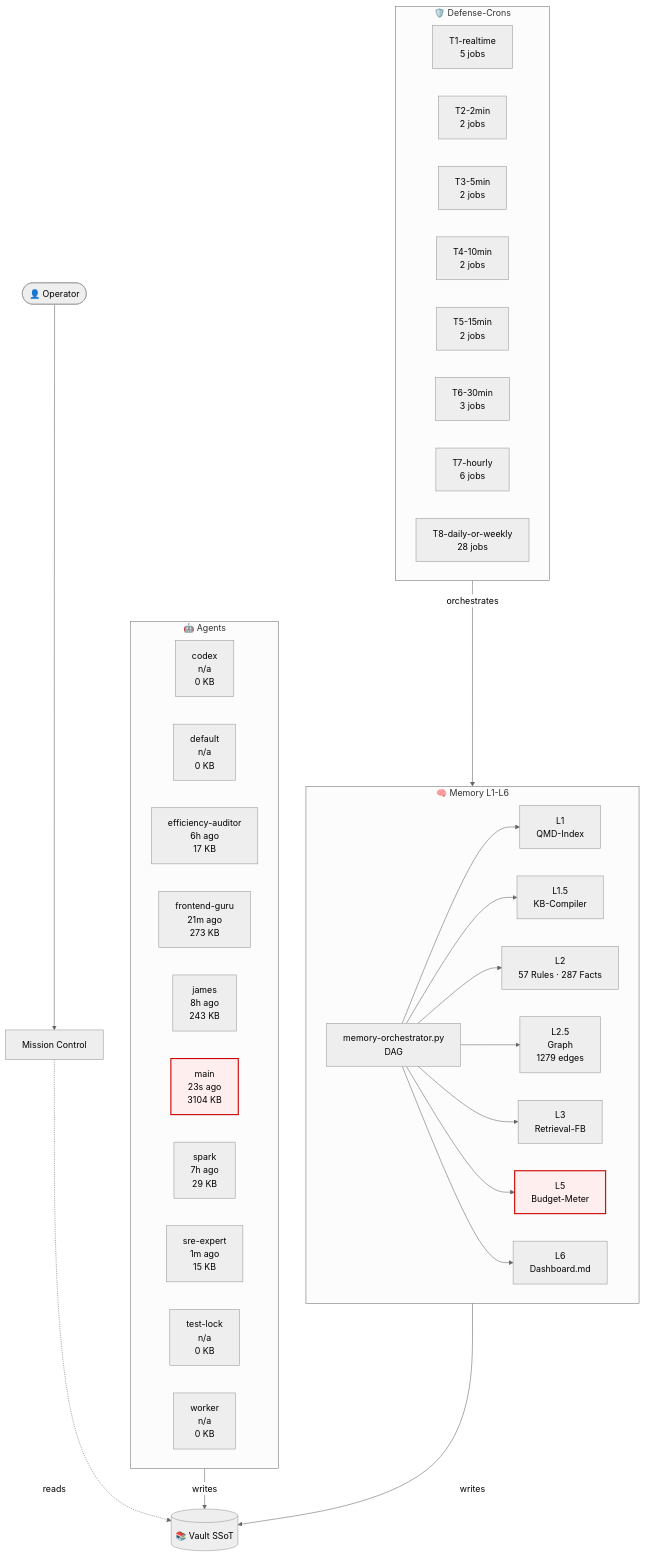
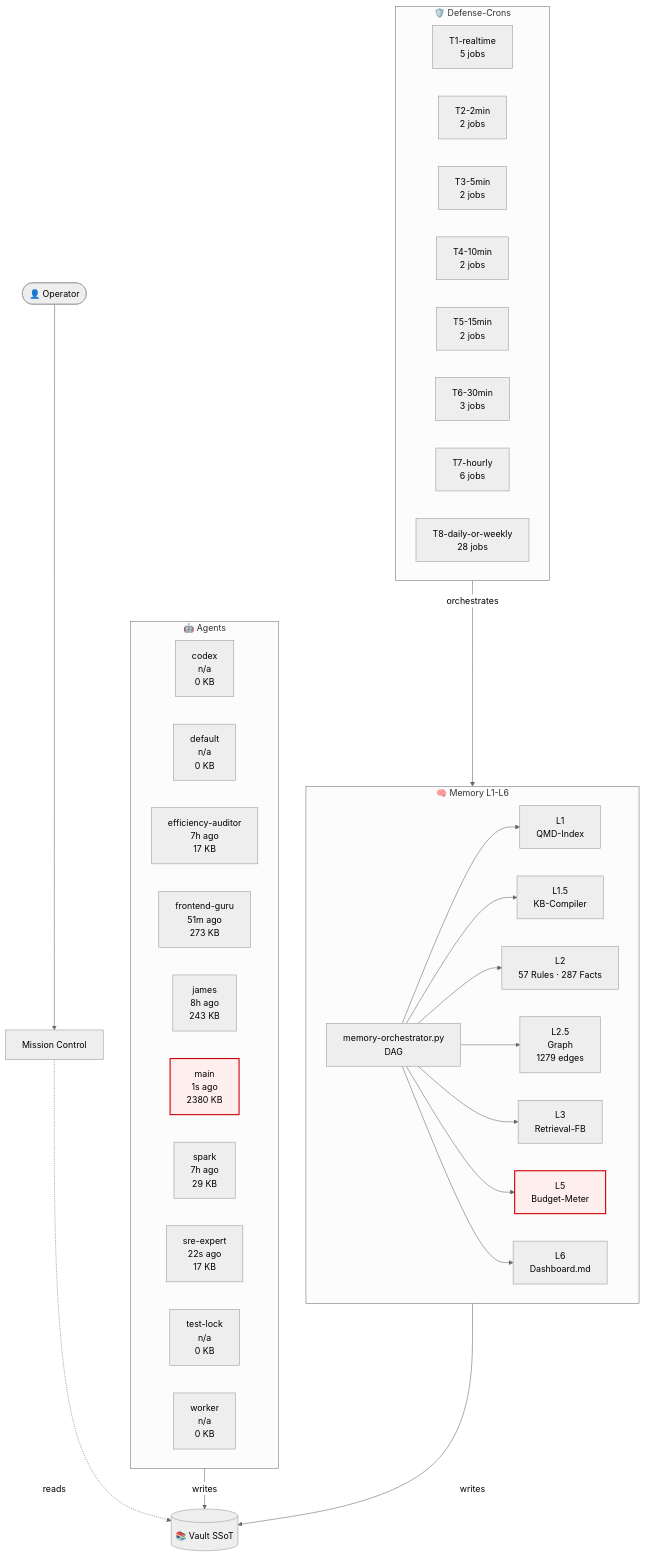
The diagram in 03-Agents/architecture-live.md (lenardhuebner88-rgb/openclaw-memory), drawn with Mermaid (neutral theme) before and after one commit. The commit also changed other lines of this file and 6 other files, not shown here.

````diff
--- a/03-Agents/architecture-live.md
+++ b/03-Agents/architecture-live.md
@@ -18,53 +18,53 @@
 ```mermaid
 flowchart TB
     classDef critical fill:#fee,stroke:#c00,stroke-width:2px;
     subgraph AGT["🤖 Agents"]
         agent_codex["codex<br/>n/a<br/>0 KB"]
         agent_default["default<br/>n/a<br/>0 KB"]
-        agent_efficiency_auditor["efficiency-auditor<br/>6h ago<br/>17 KB"]
-        agent_frontend_guru["frontend-guru<br/>21m ago<br/>273 KB"]
+        agent_efficiency_auditor["efficiency-auditor<br/>7h ago<br/>17 KB"]
+        agent_frontend_guru["frontend-guru<br/>51m ago<br/>273 KB"]
         agent_james["james<br/>8h ago<br/>243 KB"]
-        agent_main["main<br/>23s ago<br/>3104 KB"]
+        agent_main["main<br/>1s ago<br/>2380 KB"]
         agent_spark["spark<br/>7h ago<br/>29 KB"]
-        agent_sre_expert["sre-expert<br/>1m ago<br/>15 KB"]
+        agent_sre_expert["sre-expert<br/>22s ago<br/>17 KB"]
         agent_test_lock["test-lock<br/>n/a<br/>0 KB"]
         agent_worker["worker<br/>n/a<br/>0 KB"]
     end
     subgraph MEM["🧠 Memory L1-L6"]
         L1["L1<br/>QMD-Index"]
         L15["L1.5<br/>KB-Compiler"]
         L2["L2<br/>57 Rules · 287 Facts"]
         L25["L2.5<br/>Graph<br/>1279 edges"]
         L3["L3<br/>Retrieval-FB"]
         L5["L5<br/>Budget-Meter"]
         L6["L6<br/>Dashboard.md"]
         ORCH["memory-orchestrator.py<br/>DAG"]
     end
     subgraph CRN["🛡️ Defense-Crons"]
         tier_T1_realtime["T1-realtime<br/>5 jobs"]
         tier_T2_2min["T2-2min<br/>2 jobs"]
         tier_T3_5min["T3-5min<br/>2 jobs"]
         tier_T4_10min["T4-10min<br/>2 jobs"]
         tier_T5_15min["T5-15min<br/>2 jobs"]
         tier_T6_30min["T6-30min<br/>3 jobs"]
         tier_T7_hourly["T7-hourly<br/>6 jobs"]
         tier_T8_daily_or_weekly["T8-daily-or-weekly<br/>28 jobs"]
     end
     VAULT[("📚 Vault SSoT")]
     OP([👤 Operator])
     MC["Mission Control"]
     OP --> MC
     MC -.reads.-> VAULT
     AGT -->|writes| VAULT
     MEM -->|writes| VAULT
     ORCH --> L1
     ORCH --> L15
     ORCH --> L2
     ORCH --> L25
     ORCH --> L3
     ORCH --> L5
     ORCH --> L6
     CRN -->|orchestrates| MEM
     class L5 critical
     class agent_main critical
 ```
````
